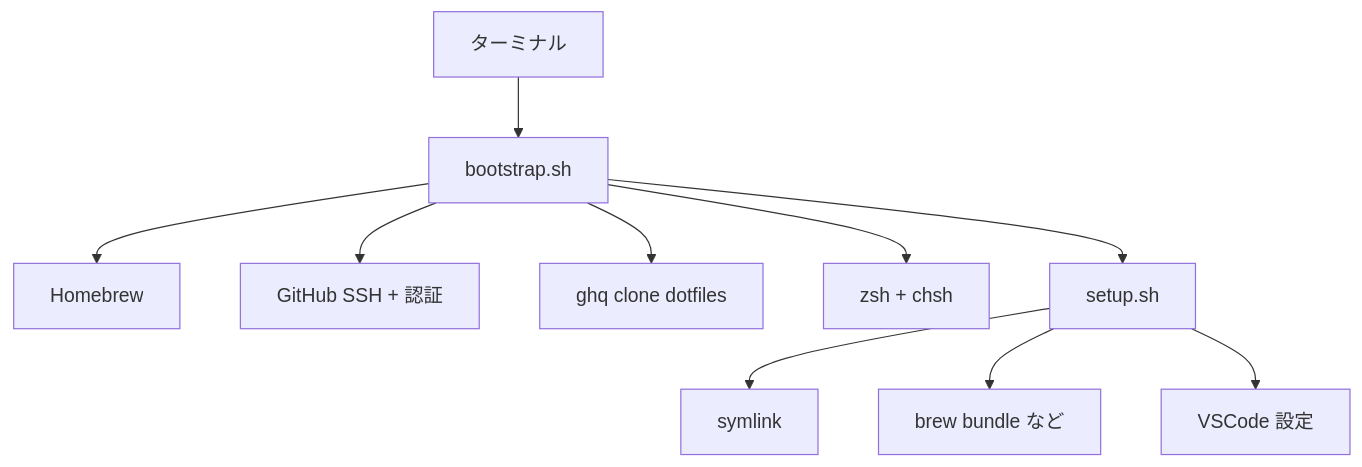
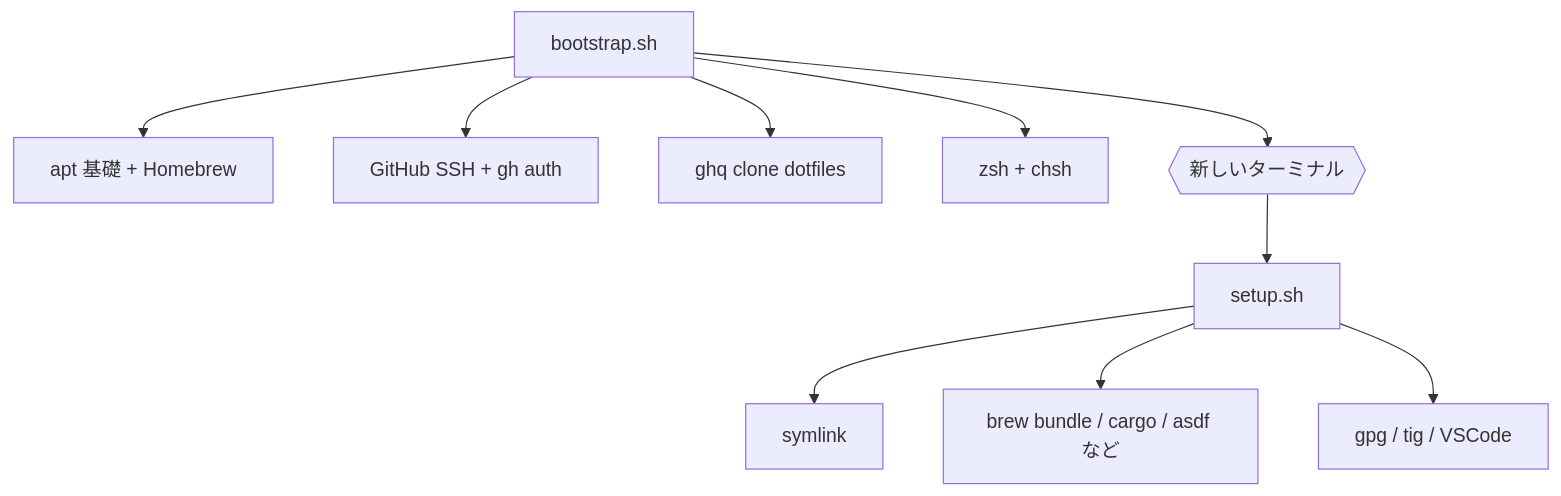
One commit to ktanoooo/dotfiles changed the second of 3 diagrams in docs/setup-design.md. Above: the diagram before and after it, drawn with Mermaid. The commit also changed other lines of this file, not shown here.

First line of the commit message:
Rewrite the setup design notes

````diff
--- a/docs/setup-design.md
+++ b/docs/setup-design.md
@@ -155,12 +63,12 @@
 ```mermaid
 flowchart TD
-    A[ターミナル] --> B[bootstrap.sh]
-    B --> B1[Homebrew]
-    B --> B2[GitHub SSH + 認証]
+    B[bootstrap.sh] --> B1[apt 基礎 + Homebrew]
+    B --> B2[GitHub SSH + gh auth]
     B --> B3[ghq clone dotfiles]
     B --> B4[zsh + chsh]
-    B --> C[setup.sh]
-    C --> C1[symlink]
-    C --> C2[brew bundle など]
-    C --> C3[VSCode 設定]
+    B --> C{{新しいターミナル}}
+    C --> S[setup.sh]
+    S --> S1[symlink]
+    S --> S2[brew bundle / cargo / asdf など]
+    S --> S3[gpg / tig / VSCode]
 ```
````
